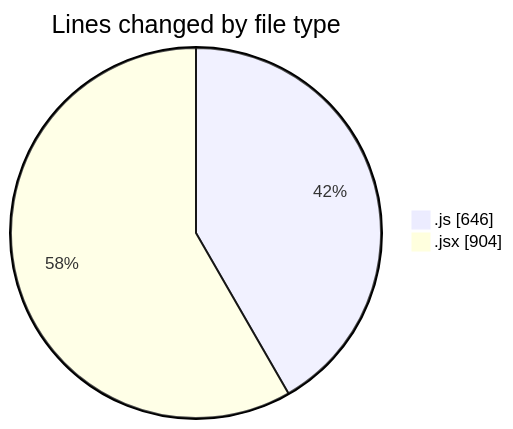
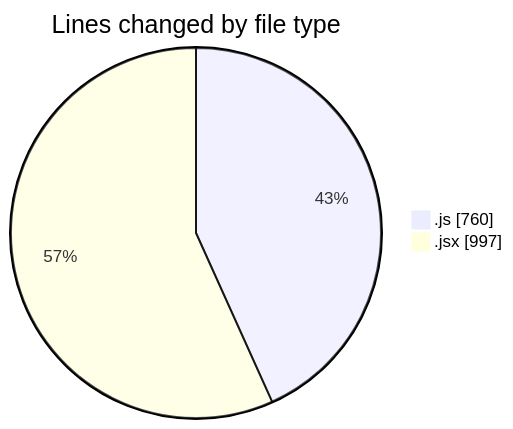
The first of 2 diagrams in 2025-04-08/nxtqube_webapp/README.md (nxtqubesakshisongat/code-tracking), drawn with Mermaid before and after one commit. The commit also changed other lines of this file and 1 other file, not shown here.

````diff
--- a/2025-04-08/nxtqube_webapp/README.md
+++ b/2025-04-08/nxtqube_webapp/README.md
@@ -23,6 +23,6 @@
 ```mermaid
 pie showData
 title Lines changed by file type
-".js" : 646
-".jsx" : 904
+".js" : 760
+".jsx" : 997
 ```
````
